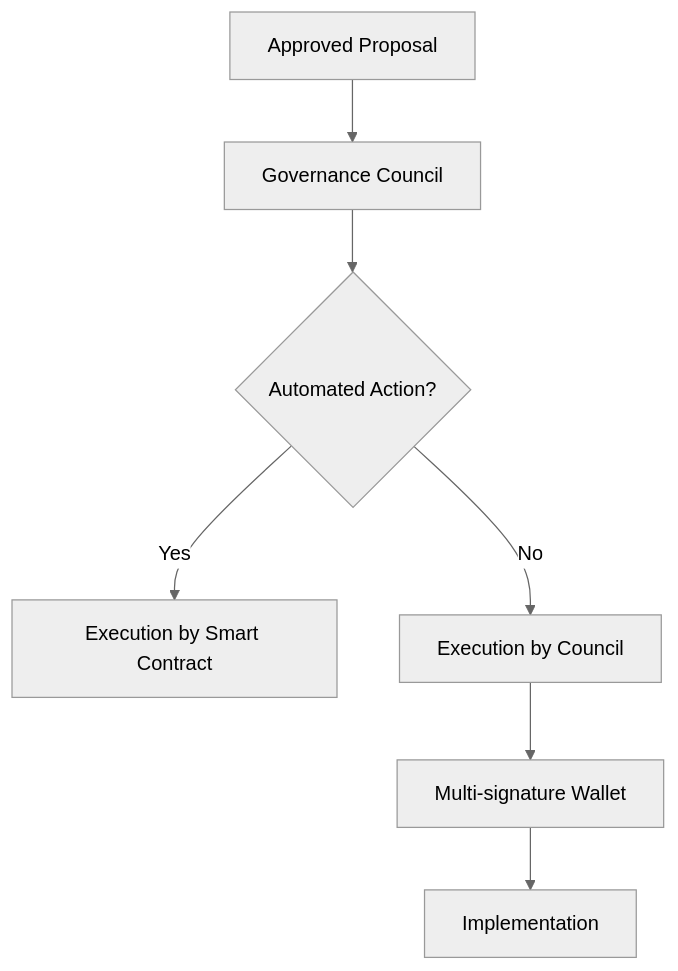
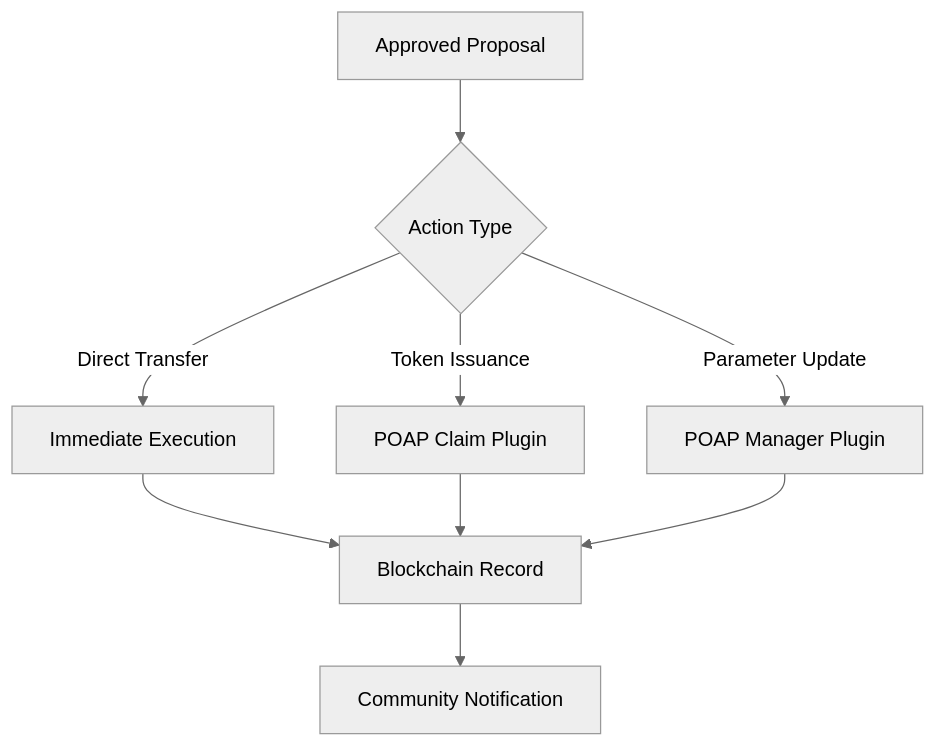
One commit to eth-ecuador/eth-ecuador-dao changed the fifth of 5 diagrams in YellowPaper_en.md. Above: the diagram before and after it, drawn with Mermaid (neutral theme). The commit also changed other lines of this file, not shown here.

````diff
--- a/YellowPaper_en.md
+++ b/YellowPaper_en.md
@@ -246,9 +285,11 @@
 ```mermaid
 flowchart TD
-    A[Approved Proposal] --> B[Governance Council]
-    B --> C{Automated Action?}
-    C -->|Yes| D[Execution by Smart Contract]
-    C -->|No| E[Execution by Council]
-    E --> F[Multi-signature Wallet]
-    F --> G[Implementation]
+    A[Approved Proposal] --> B{Action Type}
+    B -->|Direct Transfer| C[Immediate Execution]
+    B -->|Token Issuance| D[POAP Claim Plugin]
+    B -->|Parameter Update| E[POAP Manager Plugin]
+    C --> F[Blockchain Record]
+    D --> F
+    E --> F
+    F --> G[Community Notification]
 ```
````
